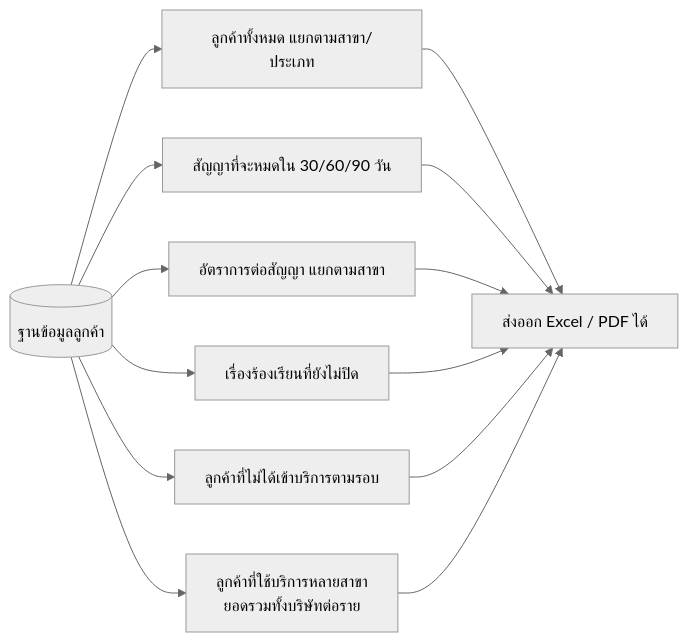
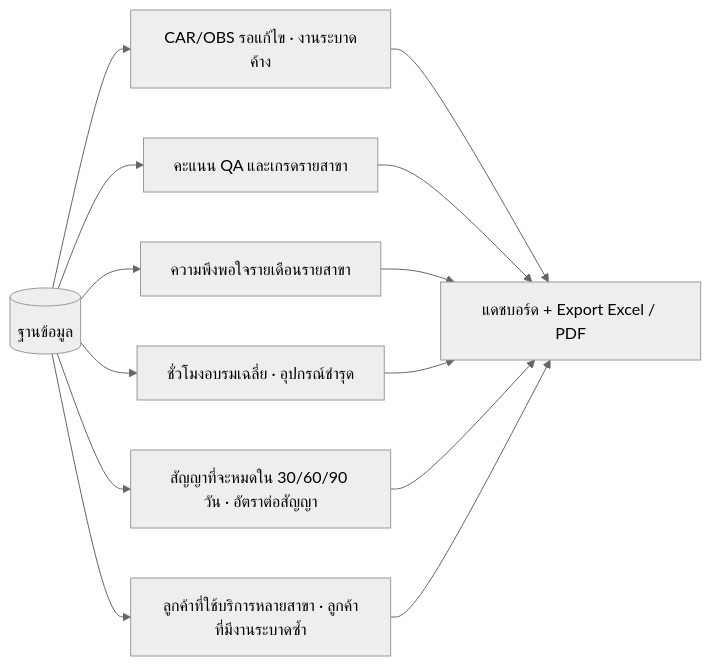
Before and after one commit to warayuthsema-alt/my-house-sh2401: diagram 12 of 12 in docs/research/2026-11-07-advance-group-asia-workflow-diagrams.md, drawn with Mermaid (neutral theme). The commit also changed other lines of this file and 1 other file, not shown here.

First line of the commit message:
Workflow diagrams v4: merge Customer History into Advance Quality System

````diff
--- a/docs/research/2026-11-07-advance-group-asia-workflow-diagrams.md
+++ b/docs/research/2026-11-07-advance-group-asia-workflow-diagrams.md
@@ -207,10 +299,10 @@
 ```mermaid
 flowchart LR
-    DB[("ฐานข้อมูลลูกค้า")] --> R1["ลูกค้าทั้งหมด แยกตามสาขา/ประเภท"]
-    DB --> R2["สัญญาที่จะหมดใน 30/60/90 วัน"]
-    DB --> R3["อัตราการต่อสัญญา แยกตามสาขา"]
-    DB --> R4["เรื่องร้องเรียนที่ยังไม่ปิด"]
-    DB --> R5["ลูกค้าที่ไม่ได้เข้าบริการตามรอบ"]
-    DB --> R6["ลูกค้าที่ใช้บริการหลายสาขา<br/>ยอดรวมทั้งบริษัทต่อราย"]
-    R1 & R2 & R3 & R4 & R5 & R6 --> X["ส่งออก Excel / PDF ได้"]
+    DB[("ฐานข้อมูล")] --> R1["CAR/OBS รอแก้ไข · งานระบาดค้าง"]
+    DB --> R2["คะแนน QA และเกรดรายสาขา"]
+    DB --> R3["ความพึงพอใจรายเดือนรายสาขา"]
+    DB --> R4["ชั่วโมงอบรมเฉลี่ย · อุปกรณ์ชำรุด"]
+    DB --> R5["สัญญาที่จะหมดใน 30/60/90 วัน · อัตราต่อสัญญา"]
+    DB --> R6["ลูกค้าที่ใช้บริการหลายสาขา · ลูกค้าที่มีงานระบาดซ้ำ"]
+    R1 & R2 & R3 & R4 & R5 & R6 --> X["แดชบอร์ด + Export Excel / PDF"]
 ```
````
